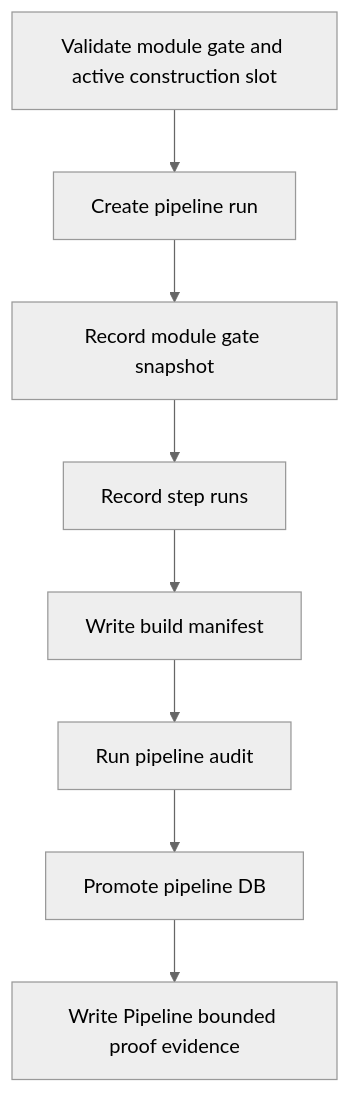
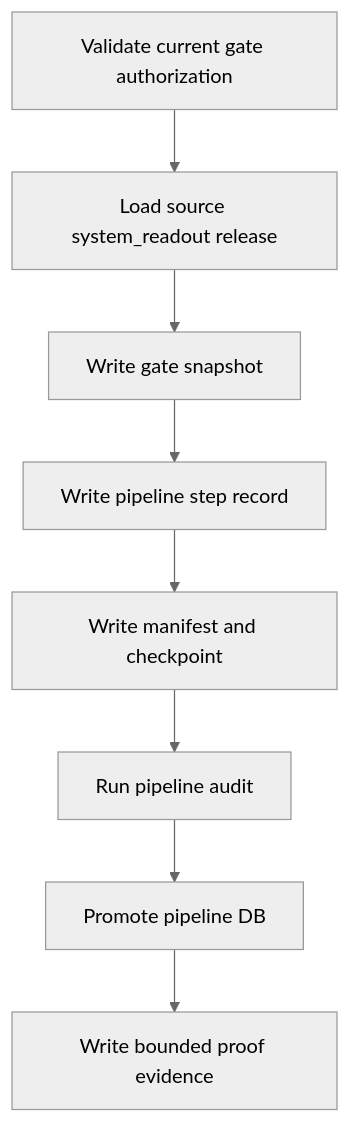
One commit to everything-is-simple/Asteria changed the diagram in docs/02-modules/pipeline/03-runner-contract-v1.md. Above: the diagram before and after it, drawn with Mermaid (neutral theme). The commit also changed other lines of this file and 41 other files, not shown here.

Commit message:
Pipeline single-module orchestration build

````diff
--- a/docs/02-modules/pipeline/03-runner-contract-v1.md
+++ b/docs/02-modules/pipeline/03-runner-contract-v1.md
@@ -40,10 +30,10 @@
 ```mermaid
 flowchart TD
-    A[Validate module gate and active construction slot] --> B[Create pipeline run]
-    B --> C[Record module gate snapshot]
-    C --> D[Record step runs]
-    D --> E[Write build manifest]
+    A[Validate current gate authorization] --> B[Load source system_readout release]
+    B --> C[Write gate snapshot]
+    C --> D[Write pipeline step record]
+    D --> E[Write manifest and checkpoint]
     E --> F[Run pipeline audit]
     F --> G[Promote pipeline DB]
-    G --> H[Write Pipeline bounded proof evidence]
+    G --> H[Write bounded proof evidence]
 ```
````
